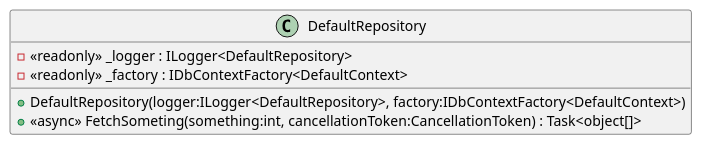
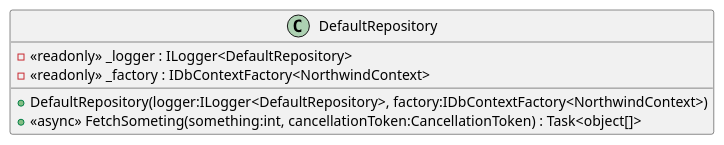
One commit to domoar/Northwind-Api changed the diagram in __extras__/docu/plantuml/DefaultRepository.puml. Above: the diagram before and after it, drawn with PlantUML.

Commit message:
chore: update PlantUML diagrams

```diff
--- a/__extras__/docu/plantuml/DefaultRepository.puml
+++ b/__extras__/docu/plantuml/DefaultRepository.puml
@@ -1,8 +1,8 @@
 @startuml
 class DefaultRepository {
     - <<readonly>> _logger : ILogger<DefaultRepository>
-    - <<readonly>> _factory : IDbContextFactory<DefaultContext>
-    + DefaultRepository(logger:ILogger<DefaultRepository>, factory:IDbContextFactory<DefaultContext>)
+    - <<readonly>> _factory : IDbContextFactory<NorthwindContext>
+    + DefaultRepository(logger:ILogger<DefaultRepository>, factory:IDbContextFactory<NorthwindContext>)
     + <<async>> FetchSometing(something:int, cancellationToken:CancellationToken) : Task<object[]>
 }
 @enduml
```
